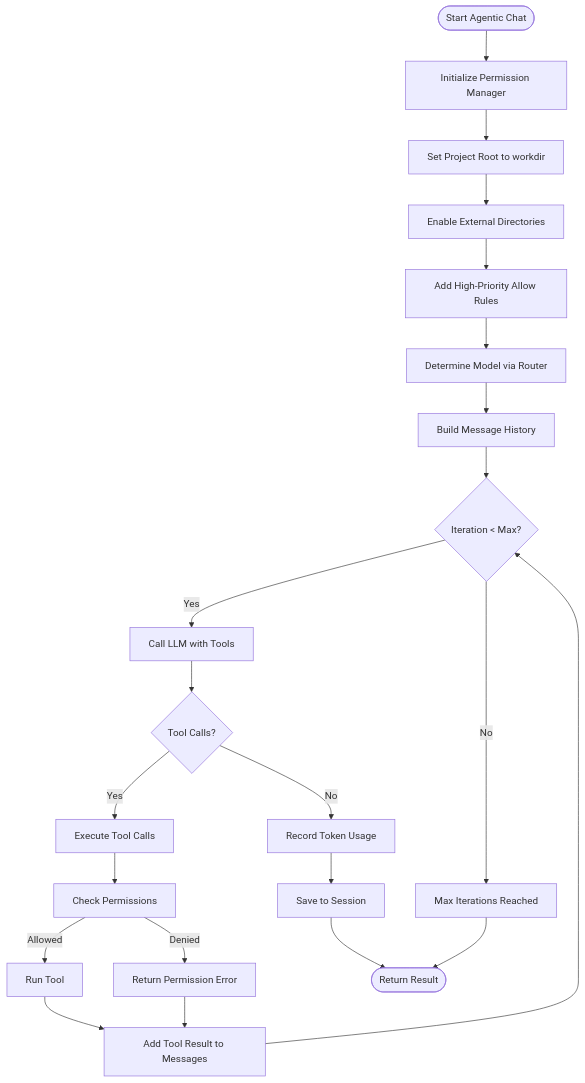
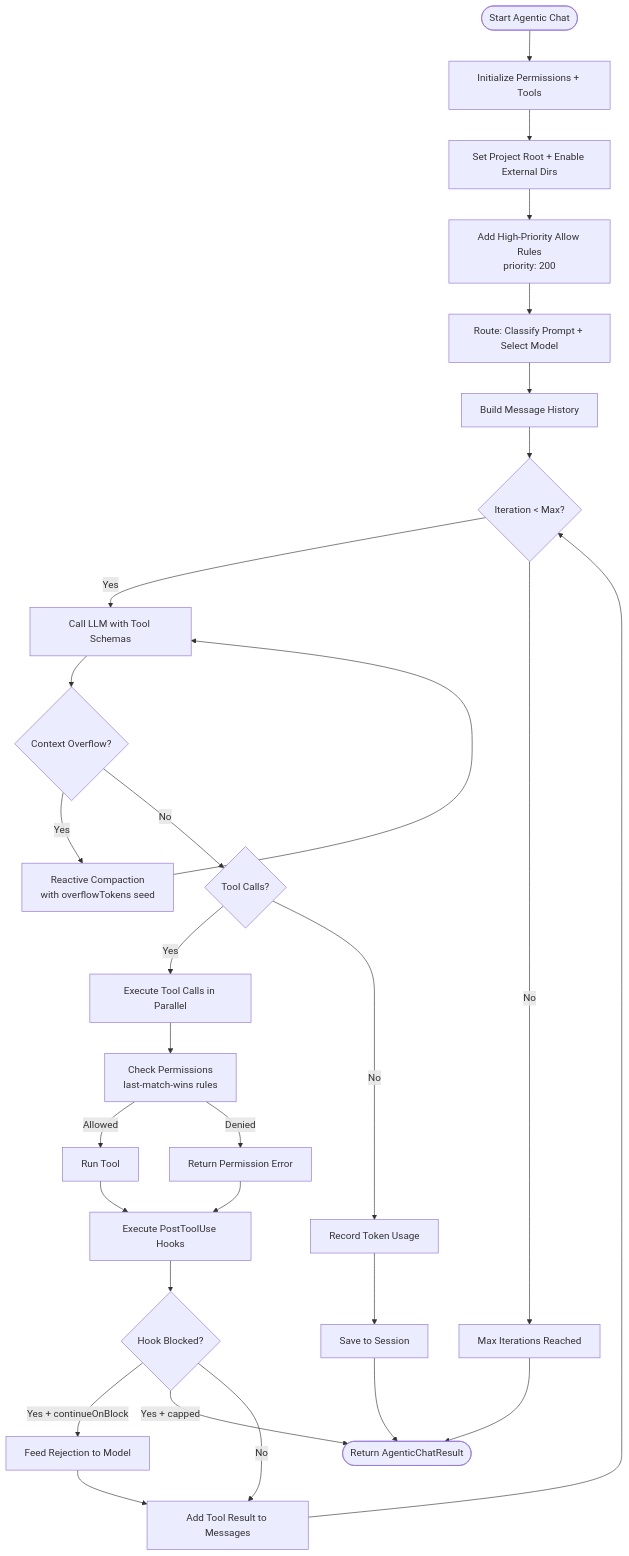
Before and after one commit to ausardcompany/alexi: the third of 7 diagrams in docs/ARCHITECTURE.md, drawn with Mermaid. The commit also changed other lines of this file and 6 other files, not shown here.

````diff
--- a/docs/ARCHITECTURE.md
+++ b/docs/ARCHITECTURE.md
@@ -175,30 +220,39 @@
 ```mermaid
 flowchart TB
-    Start([Start Agentic Chat]) --> Init[Initialize Permission Manager]
-    Init --> SetRoot[Set Project Root to workdir]
-    SetRoot --> EnableExt[Enable External Directories]
-    EnableExt --> AddRules[Add High-Priority Allow Rules]
-    AddRules --> DetermineModel[Determine Model via Router]
+    Start([Start Agentic Chat]) --> Init[Initialize Permissions + Tools]
+    Init --> SetRoot[Set Project Root + Enable External Dirs]
+    SetRoot --> AddRules[Add High-Priority Allow Rules<br/>priority: 200]
+    AddRules --> DetermineModel[Route: Classify Prompt + Select Model]
     
     DetermineModel --> BuildMessages[Build Message History]
     BuildMessages --> LoopStart{Iteration < Max?}
     
-    LoopStart -->|Yes| CallLLM[Call LLM with Tools]
-    CallLLM --> CheckTools{Tool Calls?}
+    LoopStart -->|Yes| CallLLM[Call LLM with Tool Schemas]
+    CallLLM --> CheckOverflow{Context Overflow?}
     
-    CheckTools -->|Yes| ExecTools[Execute Tool Calls]
-    ExecTools --> CheckPerm[Check Permissions]
+    CheckOverflow -->|Yes| Compact[Reactive Compaction<br/>with overflowTokens seed]
+    Compact --> CallLLM
+    
+    CheckOverflow -->|No| CheckTools{Tool Calls?}
+    
+    CheckTools -->|Yes| ExecTools[Execute Tool Calls in Parallel]
+    ExecTools --> CheckPerm[Check Permissions<br/>last-match-wins rules]
     CheckPerm -->|Allowed| RunTool[Run Tool]
     CheckPerm -->|Denied| ReturnError[Return Permission Error]
     
-    RunTool --> AddToolResult[Add Tool Result to Messages]
-    ReturnError --> AddToolResult
+    RunTool --> Hooks[Execute PostToolUse Hooks]
+    ReturnError --> Hooks
+    Hooks --> CheckBlock{Hook Blocked?}
+    CheckBlock -->|Yes + continueOnBlock| FeedBack[Feed Rejection to Model]
+    CheckBlock -->|Yes + capped| End
+    CheckBlock -->|No| AddToolResult[Add Tool Result to Messages]
+    FeedBack --> AddToolResult
     AddToolResult --> LoopStart
     
     CheckTools -->|No| RecordCost[Record Token Usage]
     RecordCost --> SaveSession[Save to Session]
-    SaveSession --> End([Return Result])
+    SaveSession --> End([Return AgenticChatResult])
     
     LoopStart -->|No| MaxReached[Max Iterations Reached]
     MaxReached --> End
 ```
````
